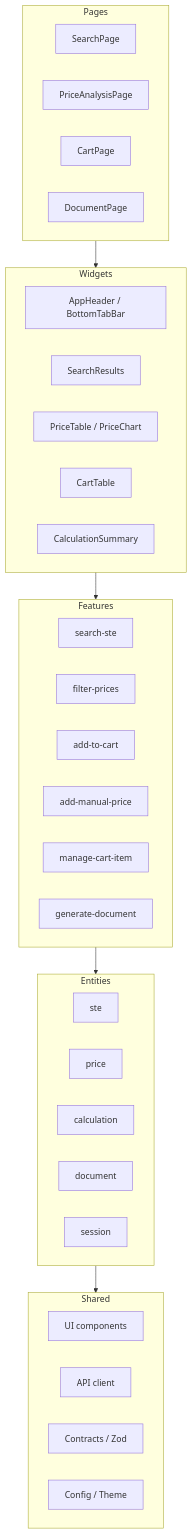
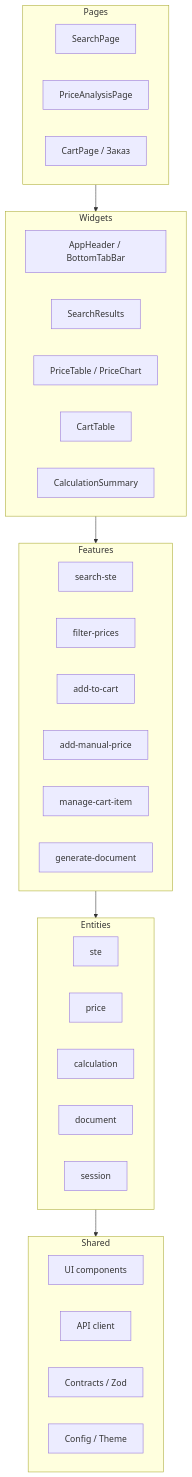
Before and after one commit to beer-bears-hack/intelligent-front: the first of 2 diagrams in README.md, drawn with Mermaid. The commit also changed other lines of this file and 22 other files, not shown here.

````diff
--- a/README.md
+++ b/README.md
@@ -16,43 +16,42 @@
 ```mermaid
 graph TD
     subgraph pages["Pages"]
         P1[SearchPage]
         P2[PriceAnalysisPage]
-        P3[CartPage]
-        P4[DocumentPage]
+        P3[CartPage / Заказ]
     end
 
     subgraph widgets["Widgets"]
         W1[AppHeader / BottomTabBar]
         W2[SearchResults]
         W3[PriceTable / PriceChart]
         W4[CartTable]
         W5[CalculationSummary]
     end
 
     subgraph features["Features"]
         F1[search-ste]
         F2[filter-prices]
         F3[add-to-cart]
         F4[add-manual-price]
         F5[manage-cart-item]
         F6[generate-document]
     end
 
     subgraph entities["Entities"]
         E1[ste]
         E2[price]
         E3[calculation]
         E4[document]
         E5[session]
     end
 
     subgraph shared["Shared"]
         S1[UI components]
         S2[API client]
         S3[Contracts / Zod]
         S4[Config / Theme]
     end
 
     pages --> widgets --> features --> entities --> shared
 ```
````
